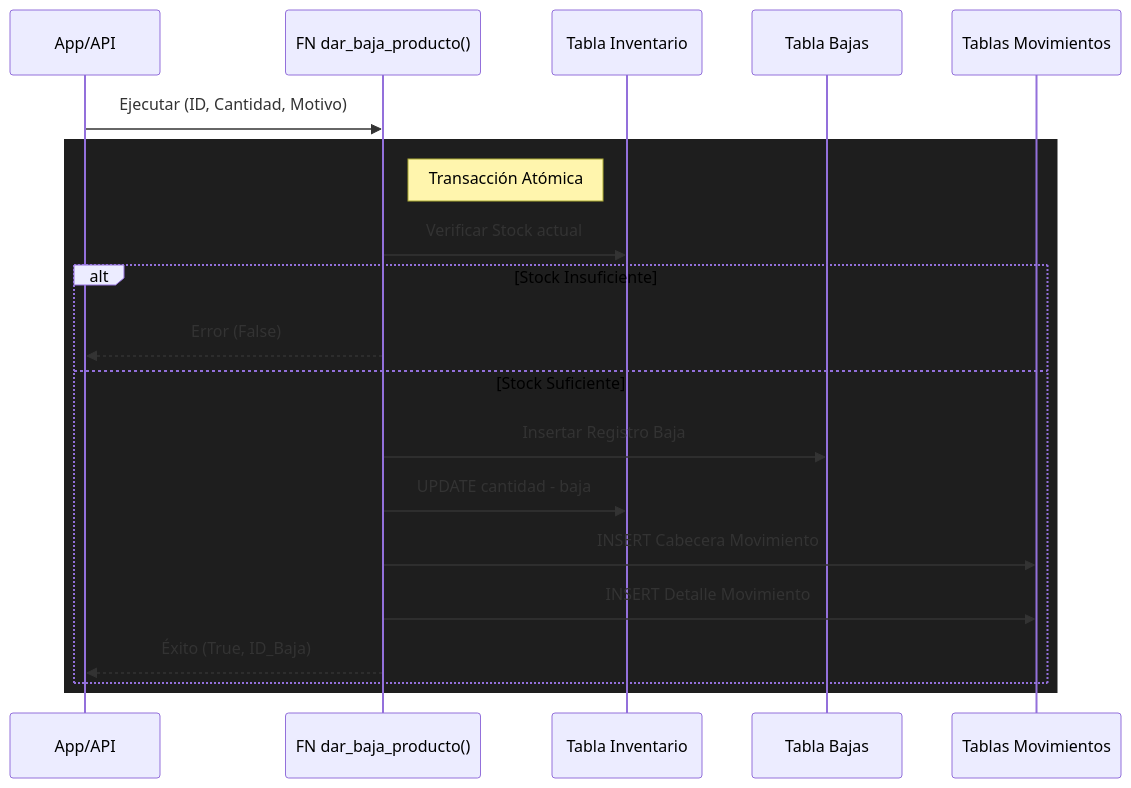
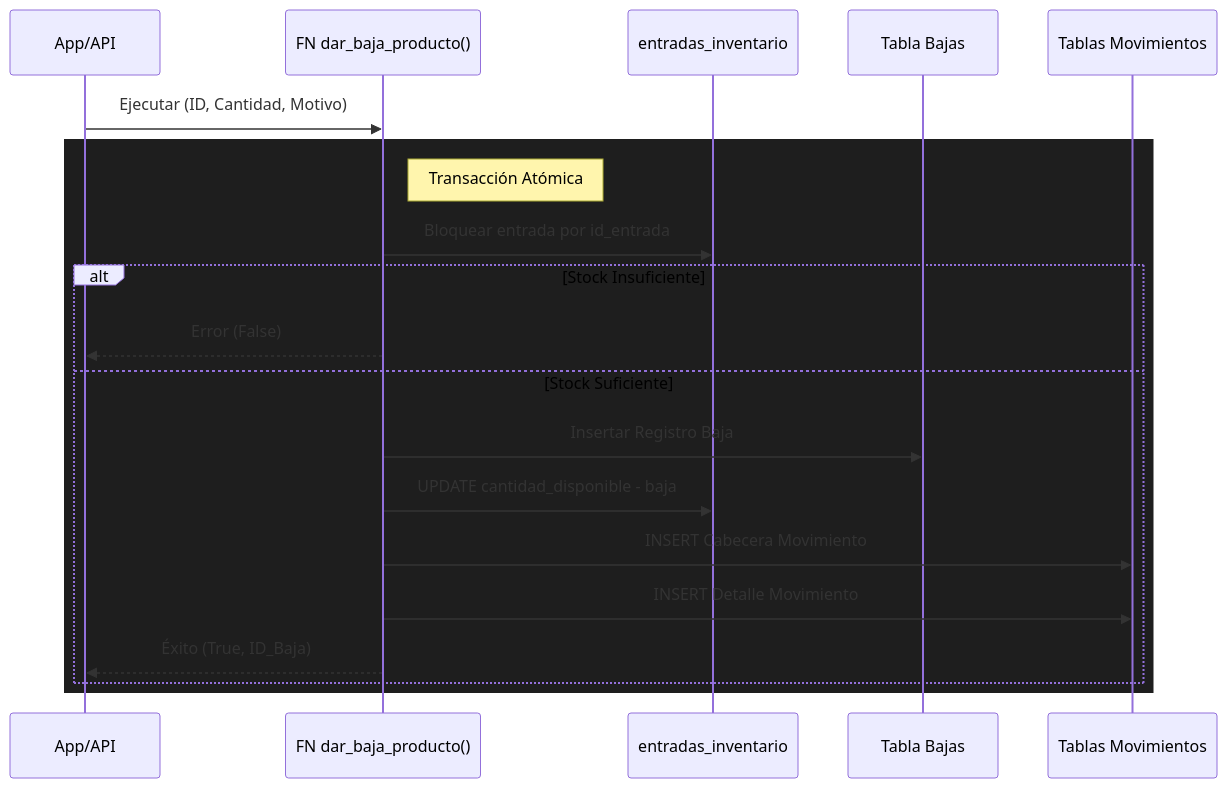
The second of 2 diagrams in docs/DATABASE.md (mintriago123/tesis_banco_alimentos), drawn with Mermaid before and after one commit. The commit also changed other lines of this file and 3 other files, not shown here.

Commit message:
refactor: actualizar documentación sobre el modelo de inventario y flujos de trabajo para reflejar cambios en la gestión de entradas y notificaciones

````diff
--- a/docs/DATABASE.md
+++ b/docs/DATABASE.md
@@ -724,25 +782,25 @@
 ```mermaid
 sequenceDiagram
     participant App as App/API
     participant Func as FN dar_baja_producto()
-    participant Inv as Tabla Inventario
+    participant Inv as entradas_inventario
     participant Bajas as Tabla Bajas
     participant Movs as Tablas Movimientos
     
     App->>Func: Ejecutar (ID, Cantidad, Motivo)
     
     rect rgb(30, 30, 30)
     Note right of Func: Transacción Atómica
-    Func->>Inv: Verificar Stock actual
+    Func->>Inv: Bloquear entrada por id_entrada
     
     alt Stock Insuficiente
         Func-->>App: Error (False)
     else Stock Suficiente
         Func->>Bajas: Insertar Registro Baja
-        Func->>Inv: UPDATE cantidad - baja
+        Func->>Inv: UPDATE cantidad_disponible - baja
         Func->>Movs: INSERT Cabecera Movimiento
         Func->>Movs: INSERT Detalle Movimiento
         Func-->>App: Éxito (True, ID_Baja)
     end
     end
 ```
````
